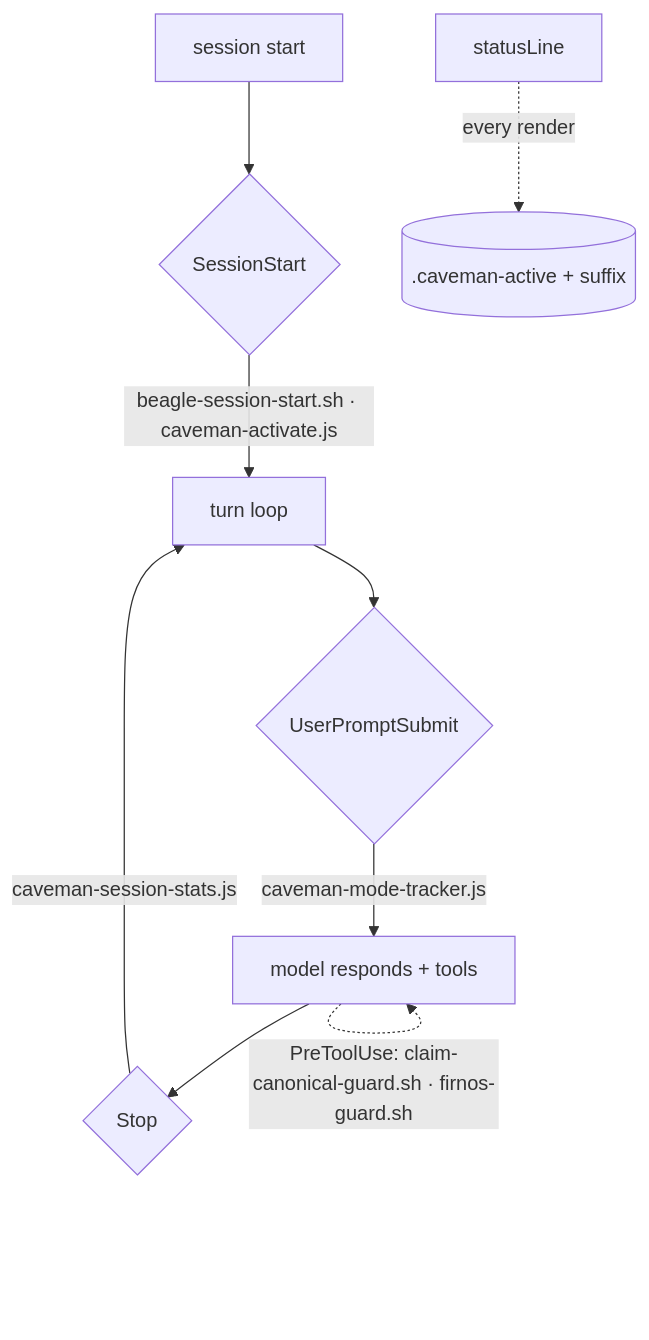
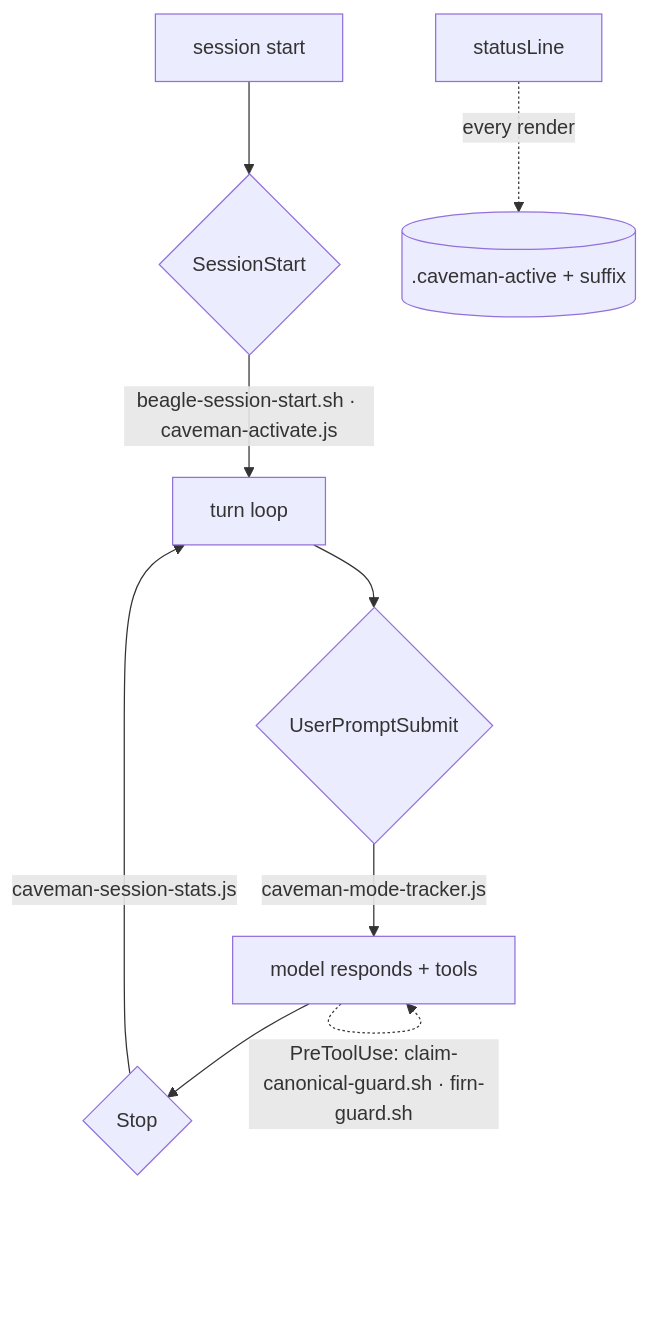
Before and after one commit to tompassarelli/firn: the diagram in docs/claude/02-local-map.md, drawn with Mermaid. The commit also changed other lines of this file and 16 other files, not shown here.

````diff
--- a/docs/claude/02-local-map.md
+++ b/docs/claude/02-local-map.md
@@ -48,11 +48,11 @@
 ```mermaid
 flowchart TD
   A[session start] --> B{SessionStart}
   B -->|"beagle-session-start.sh · caveman-activate.js"| C[turn loop]
   C --> D{UserPromptSubmit}
   D -->|"caveman-mode-tracker.js"| E["model responds + tools"]
-  E -.->|"PreToolUse: claim-canonical-guard.sh · firnos-guard.sh"| E
+  E -.->|"PreToolUse: claim-canonical-guard.sh · firn-guard.sh"| E
   E --> F{Stop}
   F -->|"caveman-session-stats.js"| C
   G[statusLine] -.->|"every render"| Hs[(".caveman-active + suffix")]
 ```
````
